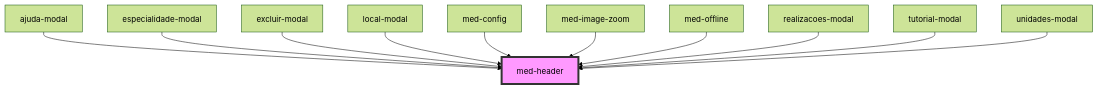
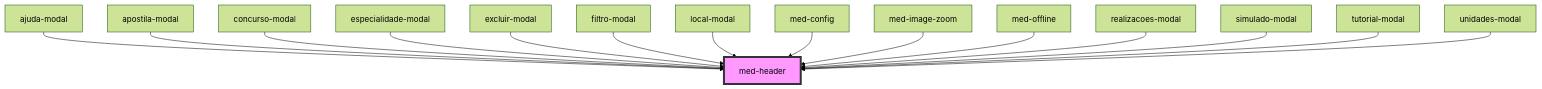
The diagram in core/src/components/@templarios/compositions/med-header/readme.md (MEDGRUPOGIT/ionic-framework-1), drawn with Mermaid (forest theme) before and after one commit. The commit also changed other lines of this file and 37 other files, not shown here.

````diff
--- a/core/src/components/@templarios/compositions/med-header/readme.md
+++ b/core/src/components/@templarios/compositions/med-header/readme.md
@@ -31,14 +35,18 @@
 ```mermaid
 graph TD;
   ajuda-modal --> med-header
+  apostila-modal --> med-header
+  concurso-modal --> med-header
   especialidade-modal --> med-header
   excluir-modal --> med-header
+  filtro-modal --> med-header
   local-modal --> med-header
   med-config --> med-header
   med-image-zoom --> med-header
   med-offline --> med-header
   realizacoes-modal --> med-header
+  simulado-modal --> med-header
   tutorial-modal --> med-header
   unidades-modal --> med-header
   style med-header fill:#f9f,stroke:#333,stroke-width:4px
 ```
````
